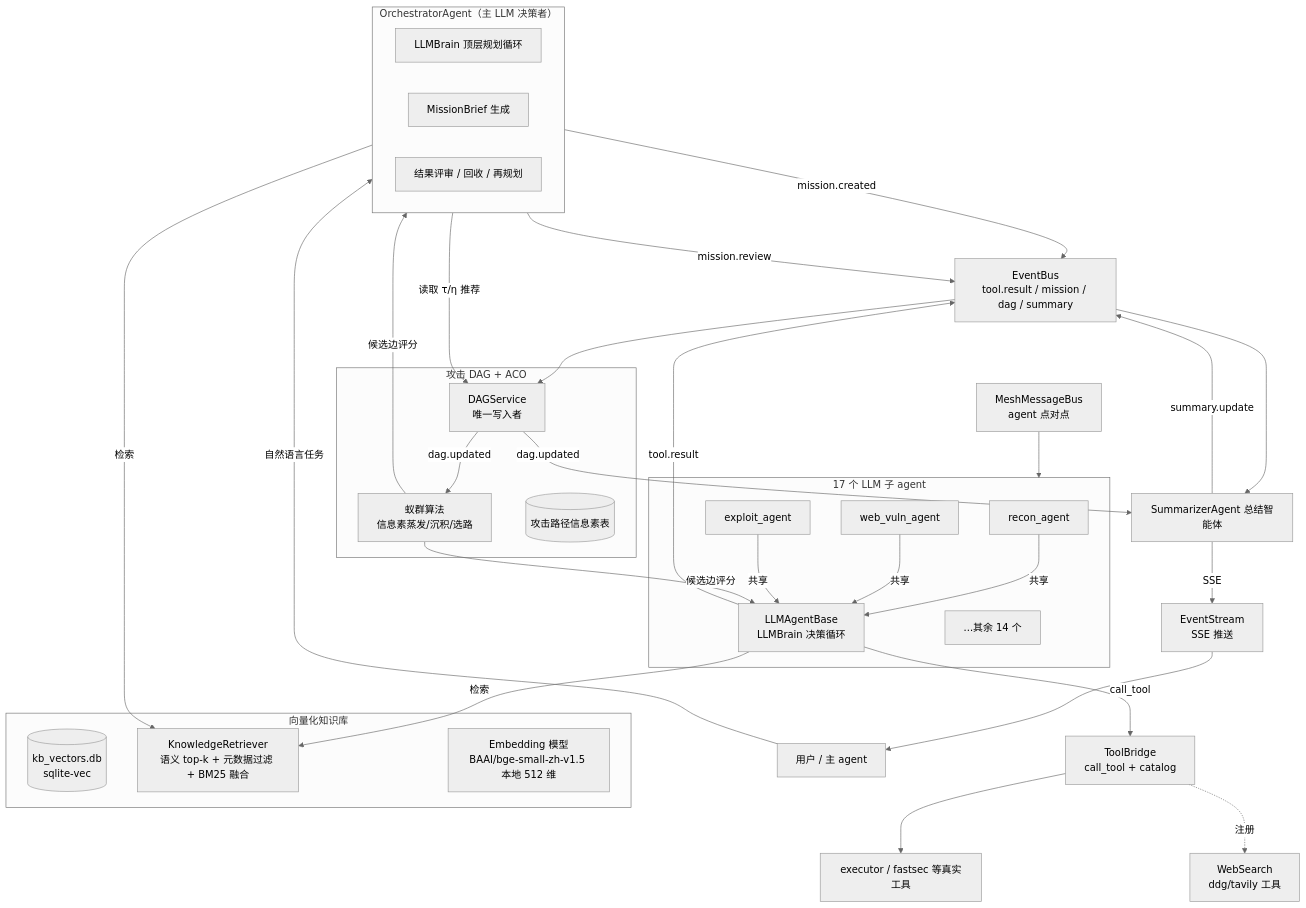
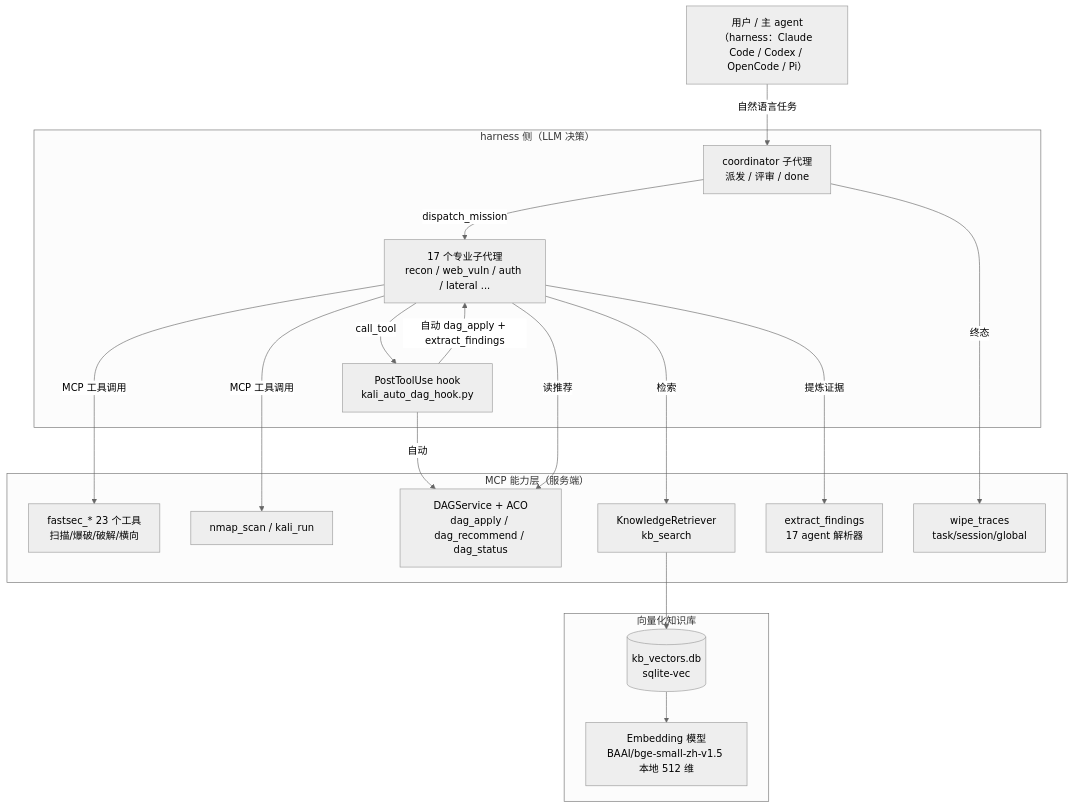
Before and after one commit to SeaC-25/Kali-Security-MCP: the first of 2 diagrams in README.md, drawn with Mermaid (neutral theme). The commit also changed other lines of this file, not shown here.

First line of the commit message:
docs: README 全面重写对齐当前架构（能力层 MCP + 18 原生子代理 + hooks + fastsec 23 工具 + stealth + 痕迹清理）

````diff
--- a/README.md
+++ b/README.md
@@ -31,57 +36,37 @@
 ```mermaid
 flowchart TB
-    U["用户 / 主 agent"] -->|自然语言任务| ORCH
+    U["用户 / 主 agent（harness：Claude Code / Codex / OpenCode / Pi）"] -->|自然语言任务| COORD
 
-    subgraph ORCH["OrchestratorAgent（主 LLM 决策者）"]
-        OL["LLMBrain 顶层规划循环"]
-        OB["MissionBrief 生成"]
-        OV["结果评审 / 回收 / 再规划"]
+    subgraph HARNESS["harness 侧（LLM 决策）"]
+        COORD["coordinator 子代理<br/>派发 / 评审 / done"]
+        SUB["17 个专业子代理<br/>recon / web_vuln / auth / lateral ..."]
+        HOOK["PostToolUse hook<br/>kali_auto_dag_hook.py"]
+        COORD -->|dispatch_mission| SUB
+        SUB -->|call_tool| HOOK
+        HOOK -->|自动 dag_apply + extract_findings| SUB
     end
 
-    subgraph KB["向量化知识库"]
+    subgraph MCP["MCP 能力层（服务端）"]
+        FS["fastsec_* 23 个工具<br/>扫描/爆破/破解/横向"]
+        NM["nmap_scan / kali_run"]
+        DAG["DAGService + ACO<br/>dag_apply / dag_recommend / dag_status"]
+        KB["KnowledgeRetriever<br/>kb_search"]
+        EX["extract_findings<br/>17 agent 解析器"]
+        WP["wipe_traces<br/>task/session/global"]
+    end
+
+    subgraph KNOWLEDGE["向量化知识库"]
         IDX[("kb_vectors.db<br/>sqlite-vec")]
-        RT["KnowledgeRetriever<br/>语义 top-k + 元数据过滤 + BM25 融合"]
         EMB["Embedding 模型<br/>BAAI/bge-small-zh-v1.5 本地 512 维"]
     end
 
-    subgraph DAG["攻击 DAG + ACO"]
-        DAGS["DAGService<br/>唯一写入者"]
-        ACO["蚁群算法<br/>信息素蒸发/沉积/选路"]
-        PHE[("攻击路径信息素表")]
-    end
-
-    subgraph AGENTS["17 个 LLM 子 agent"]
-        A1["recon_agent"] -->|共享| LB["LLMAgentBase<br/>LLMBrain 决策循环"]
-        A2["web_vuln_agent"] -->|共享| LB
-        A3["exploit_agent"] -->|共享| LB
-        AX["...其余 14 个"]
-    end
-
-    SUM["SummarizerAgent 总结智能体"]
-    ES["EventStream<br/>SSE 推送"]
-    BUS["EventBus<br/>tool.result / mission / dag / summary"]
-    MESH["MeshMessageBus<br/>agent 点对点"]
-    TB["ToolBridge<br/>call_tool + catalog"]
-    EX["executor / fastsec 等真实工具"]
-    WS["WebSearch<br/>ddg/tavily 工具"]
-
-    ORCH -->|mission.created| BUS
-    ORCH -->|检索| RT
-    ORCH -->|读取 τ/η 推荐| DAGS
-    BUS --> DAGS
-    DAGS -->|dag.updated| ACO
-    ACO -->|候选边评分| ORCH
-    ACO -->|候选边评分| LB
-    LB -->|call_tool| TB
-    TB --> EX
-    LB -->|tool.result| BUS
-    LB -->|检索| RT
-    TB -.注册.-> WS
-    BUS --> SUM
-    MESH --> AGENTS
-    SUM -->|summary.update| BUS
-    SUM -->|SSE| ES
-    ES --> U
-    ORCH -->|mission.review| BUS
-    DAGS -->|dag.updated| SUM
+    SUB -->|MCP 工具调用| FS
+    SUB -->|MCP 工具调用| NM
+    HOOK -->|自动| DAG
+    SUB -->|读推荐| DAG
+    SUB -->|检索| KB
+    KB --> IDX
+    IDX --> EMB
+    SUB -->|提炼证据| EX
+    COORD -->|终态| WP
 ```
````
